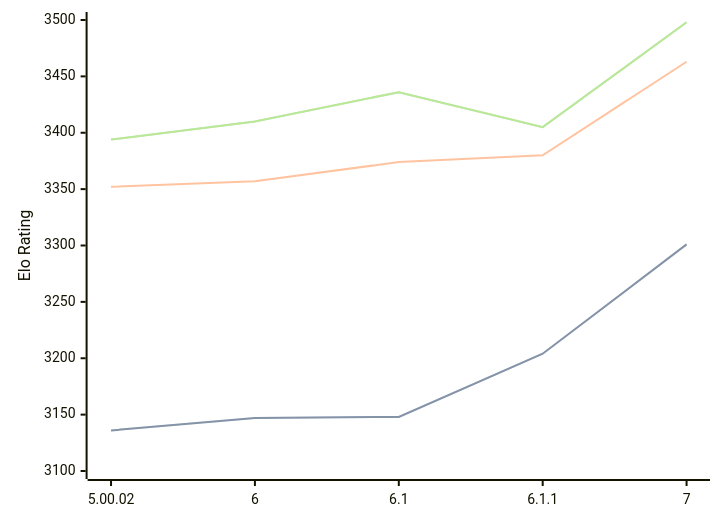
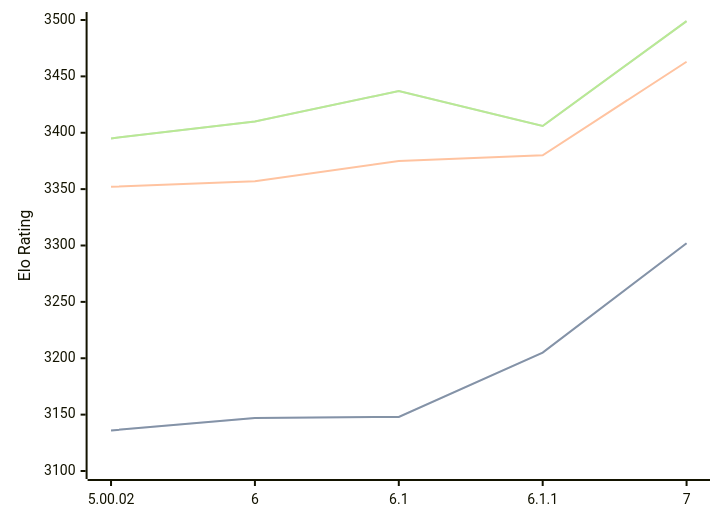
Before and after one commit to computer-chess-index/cci: the diagram in engines/Zangdar.md, drawn with Mermaid. The commit also changed other lines of this file, not shown here.

Commit message:
Update CCI Ratings (ELO VLTC) - 2026-09-08

````diff
--- a/engines/Zangdar.md
+++ b/engines/Zangdar.md
@@ -35,11 +35,11 @@
 ```mermaid
 %%{init: {"theme":"base","themeVariables":{"seriesColors:['#a3a3a3','#222221','#faa371']}}}%%
 xychart-beta
   x-axis ["5.00.02", "6", "6.1", "6.1.1", "7"]
   y-axis "Elo Rating" 3100 --> 3500
-  line "" [3136, 3147, 3148, 3204, 3301]
-  line "STC (8.0+0.08s)" [3136, 3147, 3148, 3204, 3301]
-  line "LTC (60.0+0.60s)" [3352, 3357, 3374, 3380, 3463]
-  line "" [3394, 3410, 3436, 3405, 3498]
-  line "VLTC (2m24s+1.12s)" [3394, 3410, 3436, 3405, 3498]
+  line "" [3136, 3147, 3148, 3205, 3302]
+  line "STC (8.0+0.08s)" [3136, 3147, 3148, 3205, 3302]
+  line "LTC (60.0+0.60s)" [3352, 3357, 3375, 3380, 3463]
+  line "" [3395, 3410, 3437, 3406, 3499]
+  line "VLTC (2m24s+1.12s)" [3395, 3410, 3437, 3406, 3499]
 ```
````
